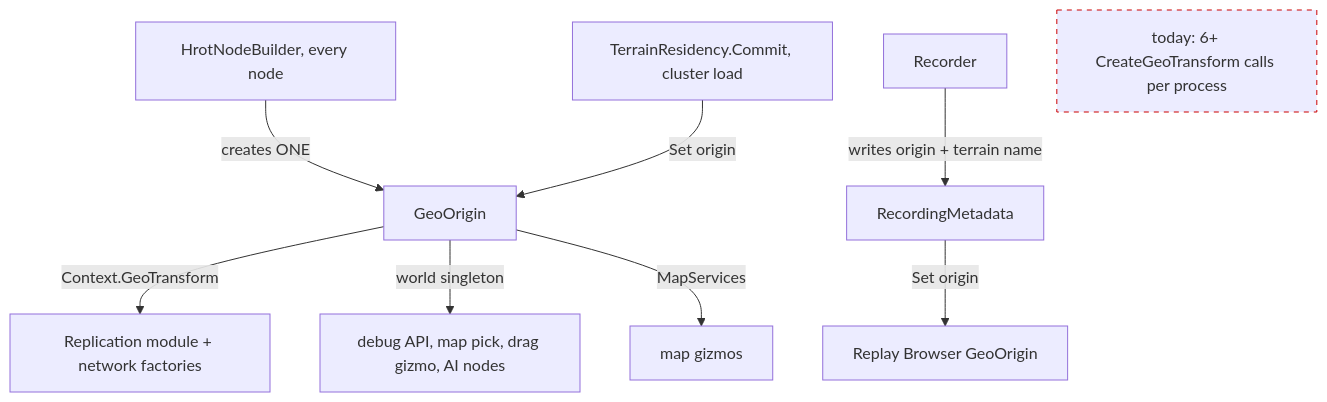
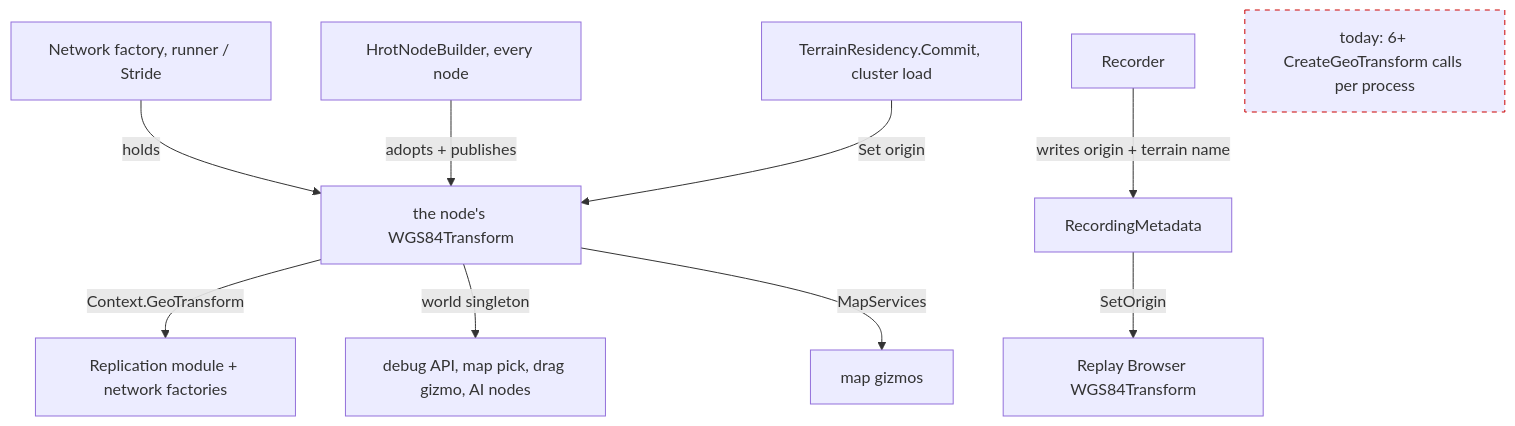
The third of 3 diagrams in docs/DESIGN_Geo_Origin.md (pjanec/HROT), drawn with Mermaid before and after one commit. The commit also changed other lines of this file and 45 other files, not shown here.

First line of the commit message:
CE-3126 (WIP, build not yet verified): geo origin comes from the terrain file

````diff
--- a/docs/DESIGN_Geo_Origin.md
+++ b/docs/DESIGN_Geo_Origin.md
@@ -106,12 +109,13 @@
 ```mermaid
 graph TD
-  NB[HrotNodeBuilder, every node] -->|creates ONE| GO[GeoOrigin]
+  NF[Network factory, runner / Stride] -->|holds| GO[the node's WGS84Transform]
+  NB[HrotNodeBuilder, every node] -->|adopts + publishes| GO
   GO -->|Context.GeoTransform| REP[Replication module + network factories]
   GO -->|world singleton| WS[debug API, map pick, drag gizmo, AI nodes]
   GO -->|MapServices| MAP[map gizmos]
   TR[TerrainResidency.Commit, cluster load] -->|Set origin| GO
   REC[Recorder] -->|writes origin + terrain name| META[RecordingMetadata]
-  META -->|Set origin| RGO[Replay Browser GeoOrigin]
+  META -->|SetOrigin| RGO[Replay Browser WGS84Transform]
   OLD[today: 6+ CreateGeoTransform calls per process]
   style OLD stroke:#c00,stroke-dasharray: 5 5
 ```
````
